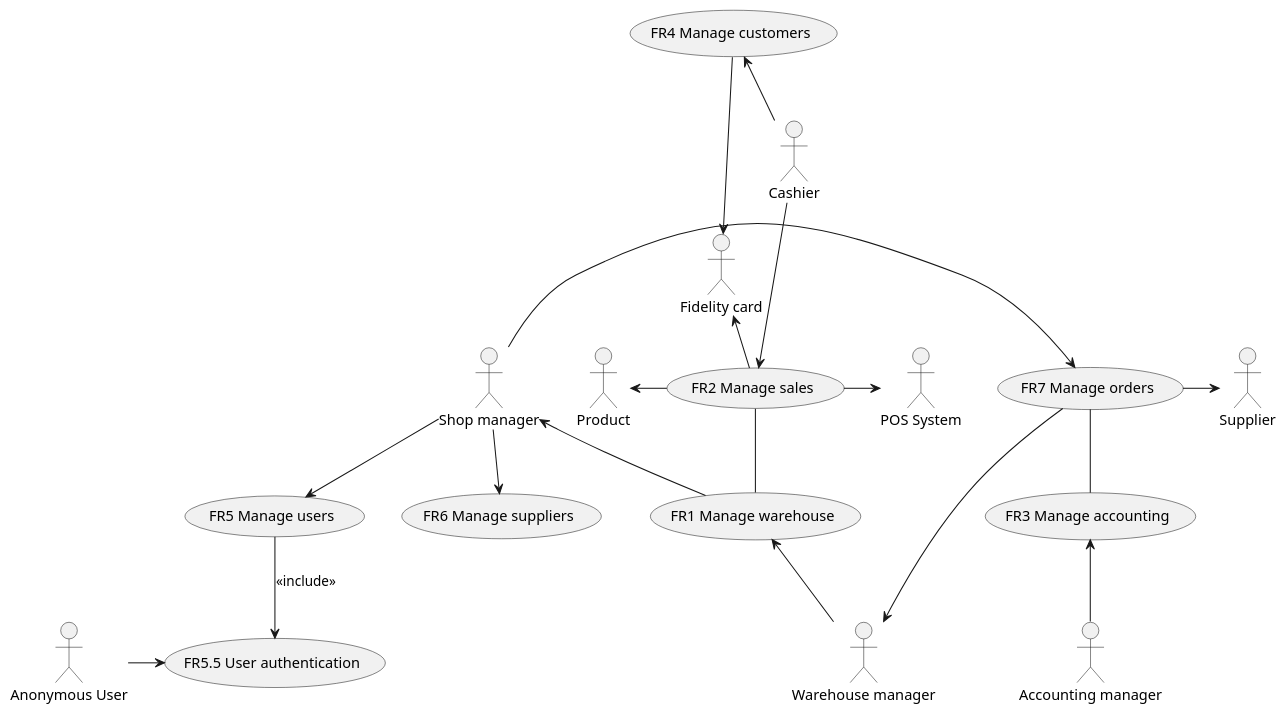
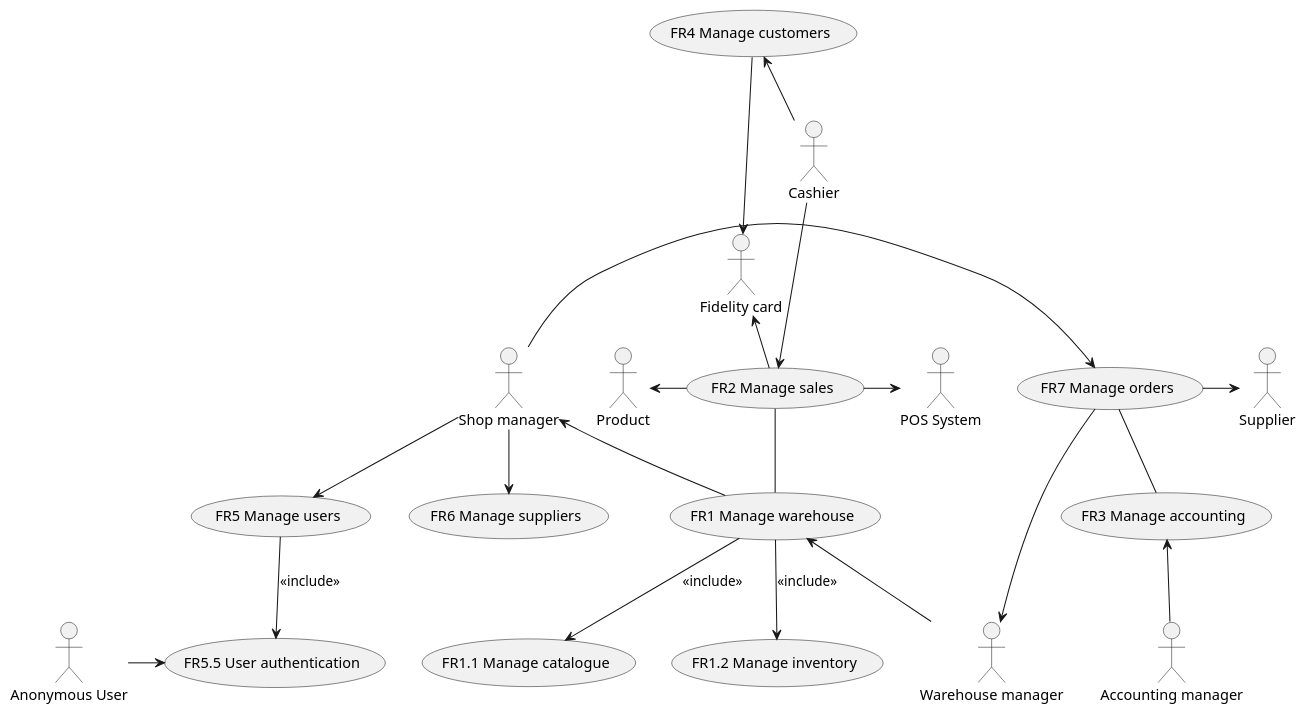
The second of 5 diagrams in Deliverables/RequirementsDocument.md (BMike10/EzShop), drawn with PlantUML before and after one commit. The commit also changed 1 other file, not shown here.

Commit message:
Doc: Updated UseCaseDiagram -> Now FR1 includes FR1.1 FR1.2

```diff
--- a/Deliverables/RequirementsDocument.md
+++ b/Deliverables/RequirementsDocument.md
@@ -243,65 +243,69 @@
 	@startuml usecase_diagram
 		' use cases
 		usecase "FR1 Manage warehouse" as mi
+		usecase "FR1.1 Manage catalogue" as mic
+		usecase "FR1.2 Manage inventory" as mii
 		usecase "FR2 Manage sales" as ms
 		usecase "FR3 Manage accounting" as ma
 		usecase "FR4 Manage customers" as mc
 		usecase "FR5 Manage users" as mu
 		usecase "FR6 Manage suppliers" as msu
 		usecase "FR7 Manage orders" as mo
 		usecase "FR5.5 User authentication" as mua	
 
 		' actors
 		actor :Supplier: as s
 		actor :POS System: as ccs
 		actor :Fidelity card: as fc	
 
 		actor :Shop manager: as sm
 		actor :Cashier: as cr
 		actor :Accounting manager: as am
 		actor :Warehouse manager: as wm
 		'variant with only the end user
 		actor :Anonymous User: as u
 		'u --> mi
 		'u --> mca
 		'u --> ms
 		'u --> ma
 		'u --> mc
 		'u --> mu
 		'u --> msu
 		'u --> mo
 		u -> mua
 
 		' associations
 		mu --> mua: <<include>>
 		ms -- mi
 		mo -- ma
 		''' shop manager 
 		 sm --> mu
 		 ' sm --> ma
 		  sm <-- mi
 		 ' sm --> mc
 		 ' sm --> ms
 		 sm --> msu
 		 sm -> mo
 		 ' sm --> mca
 		 ' accounting manager
 		 ma <-- am
 		 ' cashier
 		 ' mi <-- cr
 		 cr --> ms
 		 mc <-- cr
 		 ' warehouse manager
+		 mi --> mic: <<include>>
+		 mi --> mii: <<include>>
 		 mi <-- wm
 		 'wm -> mca
 		 mo --> wm
 		
 		' POS system
 		ms -> ccs
 		' supplier 
 		mo -> s
 		' fidelity card
 		mc --> fc
 		:Product: <- ms
 		fc <- ms
 	@enduml
```
